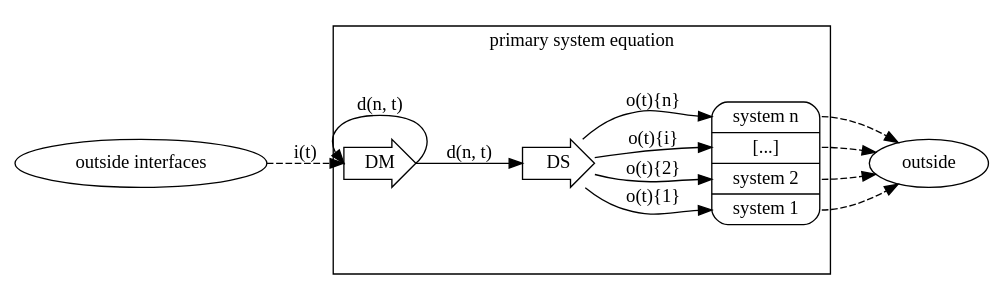
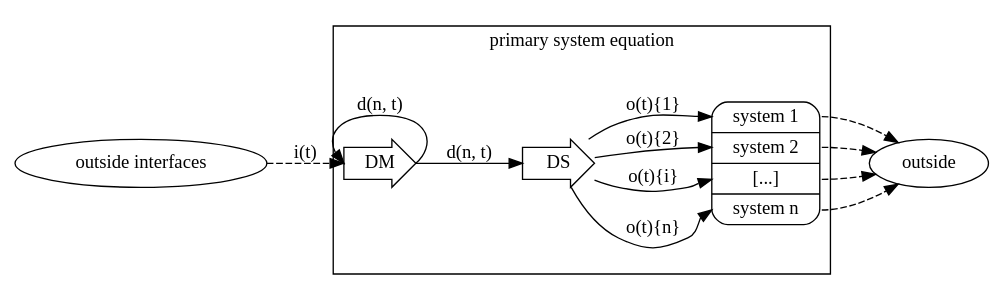
Before and after one commit to AdrKacz/crispy-parakeet: the diagram in diagrams/primary-system-equation.dot, drawn with Graphviz. The commit also changed 2 other files, not shown here.

```diff
--- a/diagrams/primary-system-equation.dot
+++ b/diagrams/primary-system-equation.dot
@@ -1,42 +1,42 @@
 /*
 dot -Tsvg diagrams/primary-system-equation.dot > diagrams/outputs/primary-system-equation.svg
 */
 digraph {
   label=""
   rankdir=LR;
   node [shape="rarrow"];
   edge [style="solid"];
 
   // primary system
   subgraph cluster_inner {
     label="primary system equation"
     "DM";
     "DS";
     systemi [
       shape="record"
       style="rounded"
-      label="<n>system n|<i>[...]|<2>system 2|<1>system 1"
+      label="<1>system 1|<2>system 2|<i>[...]|<n>system n"
     ]
   }
 
   // primary system equation
   subgraph {
     "DM" -> "DS" [label="d(n, t)"];
     "DM":e -> "DM":w [label="d(n, t)"];
     "DS" -> systemi:n [label="o(t){n}"];
     "DS" -> systemi:i [label="o(t){i}"];
     "DS" -> systemi:2 [label="o(t){2}"];
     "DS" -> systemi:1 [label="o(t){1}"];
   }
 
   // outside
   subgraph {
     edge [style="dashed"]
     node [shape=""]
     "outside interfaces" -> "DM" [label="i(t)"];
     systemi:n -> "outside";
     systemi:i -> "outside";
     systemi:2 -> "outside";
     systemi:1 -> "outside";
   }
 }
```
